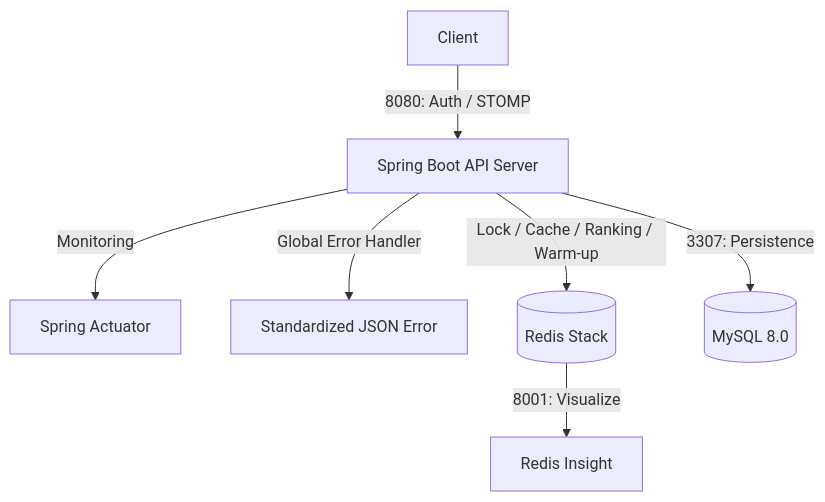
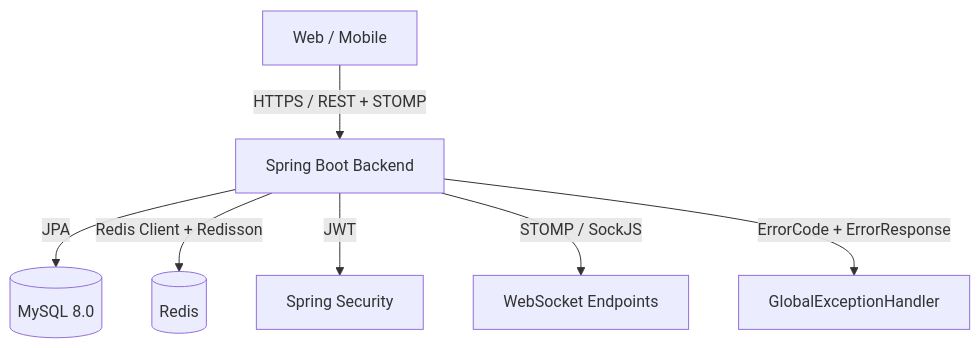
The diagram in README.md (helloyoogs/tarot-insight-backend), drawn with Mermaid before and after one commit. The commit also changed other lines of this file and 98 other files, not shown here.

````diff
--- a/README.md
+++ b/README.md
@@ -34,9 +70,11 @@
 ```mermaid
 graph TD
-    Client[Client] -->|8080: Auth / STOMP| Server[Spring Boot API Server]
-    Server -->|Monitoring| Actuator[Spring Actuator]
-    Server -->|Global Error Handler| Response[Standardized JSON Error]
-    Server -->|Lock / Cache / Ranking / Warm-up| Redis[(Redis Stack)]
-    Redis -->|8001: Visualize| Insight[Redis Insight]
-    Server -->|3307: Persistence| MySQL[(MySQL 8.0)]
+    Client[Web / Mobile] -->|HTTPS / REST + STOMP| API[Spring Boot Backend]
+
+    API -->|JPA| MySQL[(MySQL 8.0)]
+    API -->|Redis Client + Redisson| Redis[(Redis)]
+
+    API -->|JWT| Security[Spring Security]
+    API -->|STOMP / SockJS| WS[WebSocket Endpoints]
+    API -->|ErrorCode + ErrorResponse| Handler[GlobalExceptionHandler]
 ```
````
